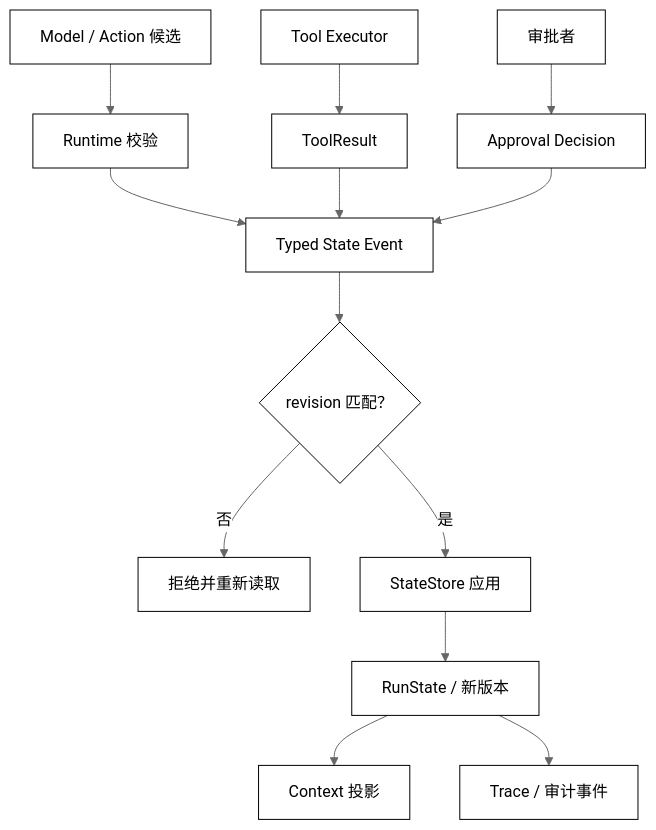
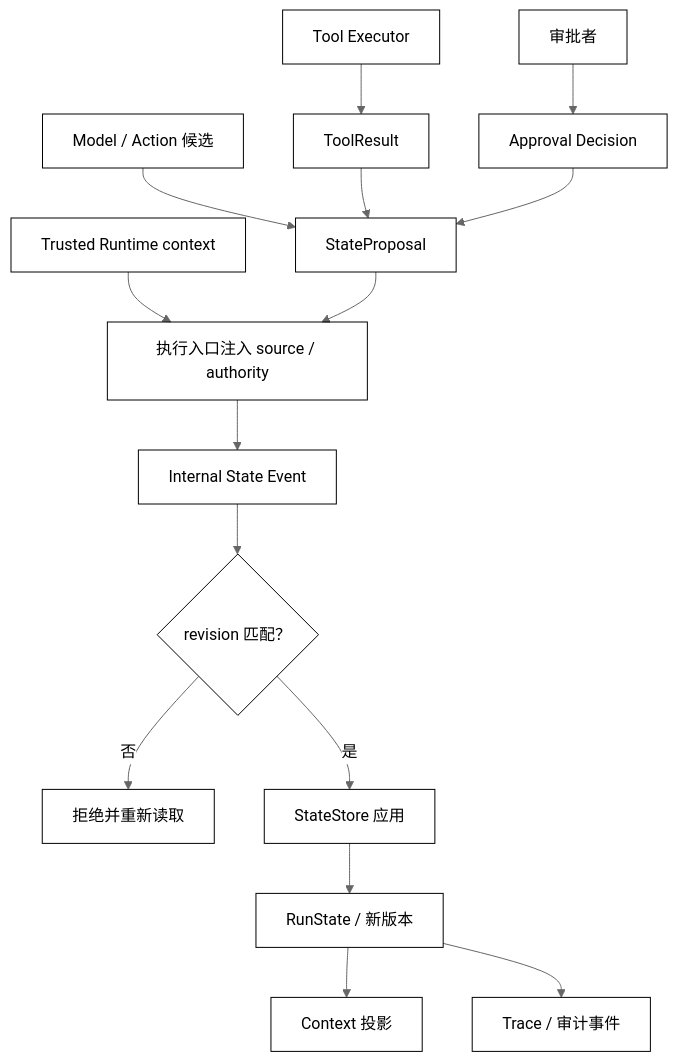
Before and after one commit to clint-sfy/clintsfy.github.io: the diagram in docs/courses/agent/05-状态上下文会话与记忆/02-Run-State与状态所有权.md, drawn with Mermaid (neutral theme). The commit also changed other lines of this file and 3 other files, not shown here.

````diff
--- a/docs/courses/agent/05-状态上下文会话与记忆/02-Run-State与状态所有权.md
+++ b/docs/courses/agent/05-状态上下文会话与记忆/02-Run-State与状态所有权.md
@@ -54,18 +54,20 @@
 ```mermaid
 flowchart TD
-    Model["Model / Action 候选"] --> Validate["Runtime 校验"]
+    Model["Model / Action 候选"] --> Proposal["StateProposal"]
     Tool["Tool Executor"] --> Result["ToolResult"]
     User["审批者"] --> Decision["Approval Decision"]
-    Validate --> Event["Typed State Event"]
-    Result --> Event
-    Decision --> Event
+    Result --> Proposal
+    Decision --> Proposal
+    Runtime["Trusted Runtime context"] --> Inject["执行入口注入 source / authority"]
+    Proposal --> Inject
+    Inject --> Event["Internal State Event"]
     Event --> CAS{"revision 匹配？"}
     CAS -->|否| Conflict["拒绝并重新读取"]
     CAS -->|是| Store["StateStore 应用"]
     Store --> State["RunState / 新版本"]
     State --> Context["Context 投影"]
     State --> Trace["Trace / 审计事件"]
 
     classDef core fill:transparent,stroke:currentColor,color:currentColor,stroke-width:1px;
-    class Model,Tool,User,Validate,Result,Decision,Event,CAS,Conflict,Store,State,Context,Trace core;
+    class Model,Tool,User,Proposal,Result,Decision,Runtime,Inject,Event,CAS,Conflict,Store,State,Context,Trace core;
 ```
````
